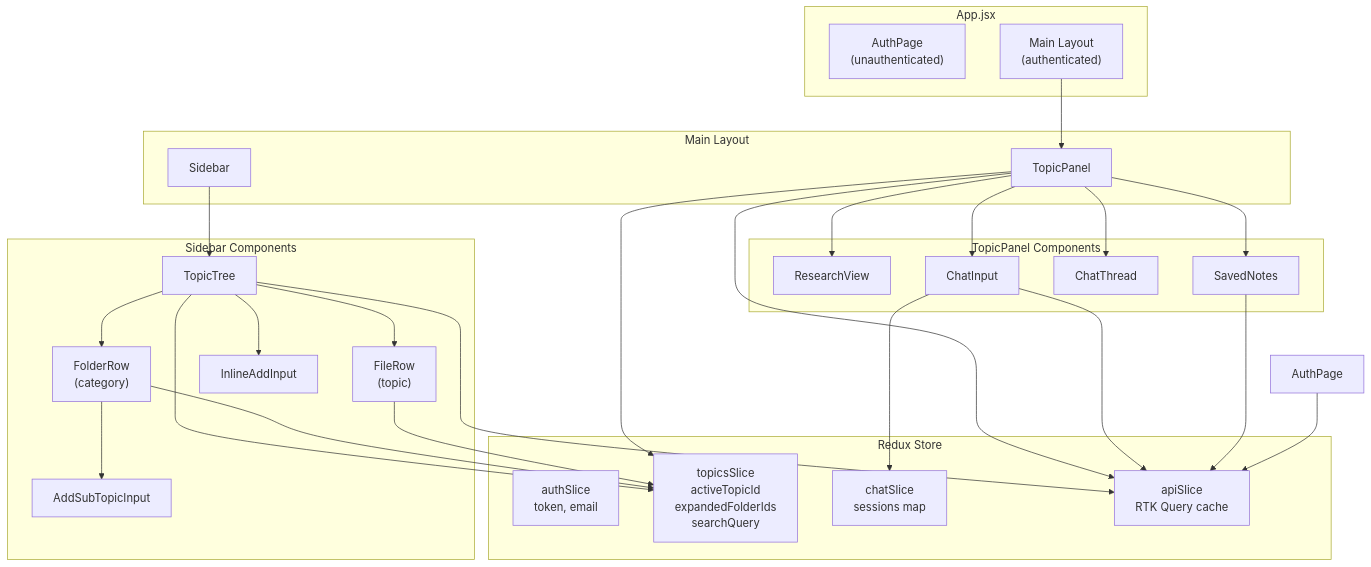
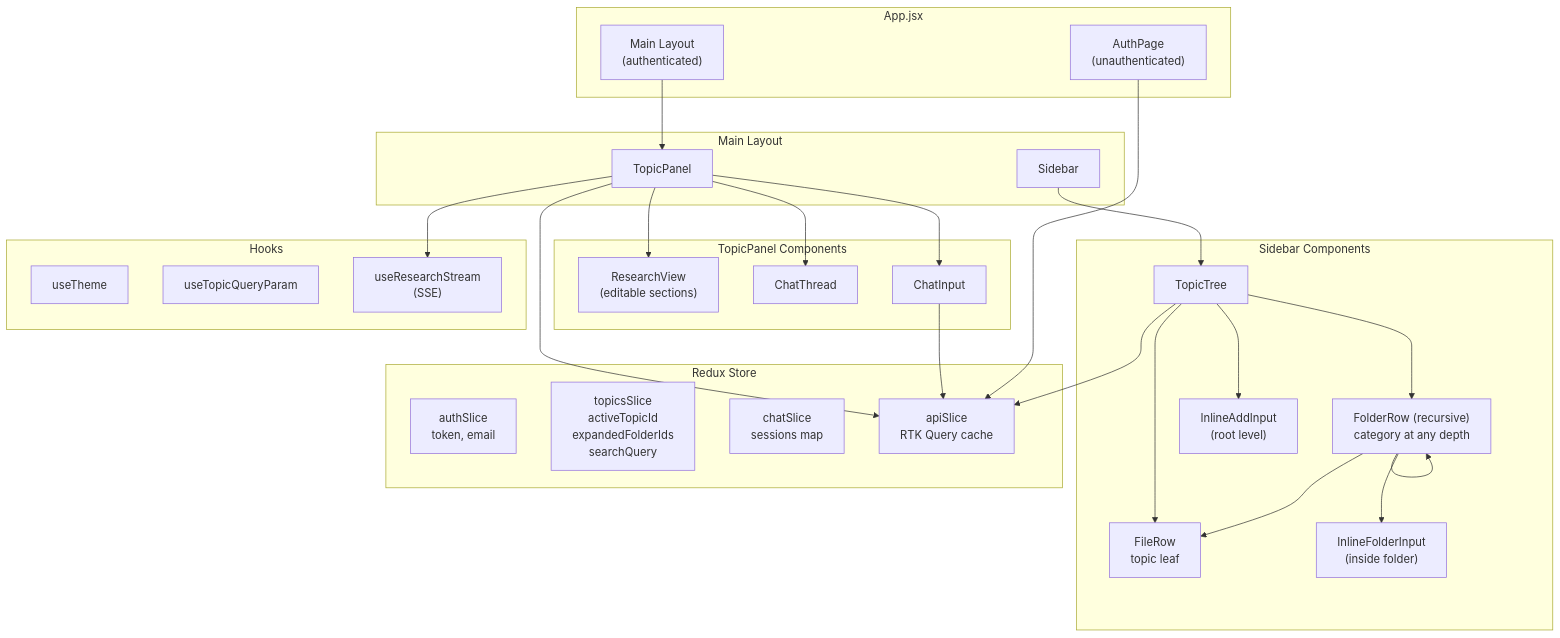
One commit to Halderpritam123/custom-notebook changed the first of 5 diagrams in frontend/FRONTEND.md. Above: the diagram before and after it, drawn with Mermaid. The commit also changed other lines of this file and 51 other files, not shown here.

````diff
--- a/frontend/FRONTEND.md
+++ b/frontend/FRONTEND.md
@@ -9,57 +9,57 @@
 ```mermaid
 graph TD
     subgraph App["App.jsx"]
         Auth["AuthPage\n(unauthenticated)"]
         Main["Main Layout\n(authenticated)"]
     end
 
     subgraph Layout["Main Layout"]
         Sidebar["Sidebar"]
         Panel["TopicPanel"]
     end
 
     subgraph SidebarTree["Sidebar Components"]
         TopicTree["TopicTree"]
-        FolderRow["FolderRow\n(category)"]
-        FileRow["FileRow\n(topic)"]
-        AddInput["InlineAddInput"]
-        SubInput["AddSubTopicInput"]
+        FolderRow["FolderRow (recursive)\ncategory at any depth"]
+        FileRow["FileRow\ntopic leaf"]
+        AddInput["InlineAddInput\n(root level)"]
+        InlineFolderInput["InlineFolderInput\n(inside folder)"]
     end
 
     subgraph PanelComponents["TopicPanel Components"]
-        Research["ResearchView"]
-        Notes["SavedNotes"]
+        Research["ResearchView\n(editable sections)"]
         Chat["ChatThread"]
         ChatIn["ChatInput"]
+    end
+
+    subgraph Hooks["Hooks"]
+        Theme["useTheme"]
+        QueryParam["useTopicQueryParam"]
+        Stream["useResearchStream\n(SSE)"]
     end
 
     subgraph State["Redux Store"]
         AuthSlice["authSlice\ntoken, email"]
         TopicsSlice["topicsSlice\nactiveTopicId\nexpandedFolderIds\nsearchQuery"]
         ChatSlice["chatSlice\nsessions map"]
         API["apiSlice\nRTK Query cache"]
     end
 
     Sidebar --> TopicTree
     TopicTree --> FolderRow
     TopicTree --> FileRow
     TopicTree --> AddInput
-    FolderRow --> SubInput
+    FolderRow --> FolderRow
+    FolderRow --> FileRow
+    FolderRow --> InlineFolderInput
     Main --> Panel
     Panel --> Research
-    Panel --> Notes
     Panel --> Chat
     Panel --> ChatIn
+    Panel --> Stream
 
     TopicTree --> API
     Panel --> API
     ChatIn --> API
-    Notes --> API
-    AuthPage --> API
-
-    TopicTree --> TopicsSlice
-    FolderRow --> TopicsSlice
-    FileRow --> TopicsSlice
-    Panel --> TopicsSlice
-    ChatIn --> ChatSlice
+    Auth --> API
 ```
````
